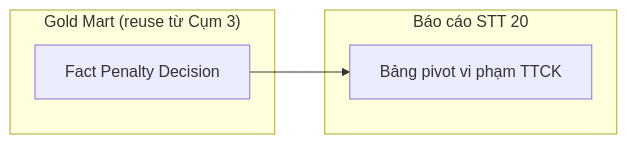
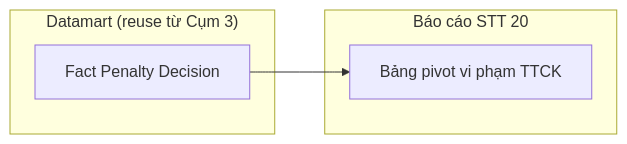
The fifth of 25 diagrams in Gold/hld/GOLD_TT_HLD.md (linhlvit/ubck_atomic_design), drawn with Mermaid before and after one commit. The commit also changed other lines of this file and 8 other files, not shown here.

````diff
--- a/Gold/hld/GOLD_TT_HLD.md
+++ b/Gold/hld/GOLD_TT_HLD.md
@@ -156,10 +156,10 @@
 ```mermaid
 flowchart LR
-    subgraph GOLD["Gold Mart (reuse từ Cụm 3)"]
+    subgraph GOLD["Datamart (reuse từ Cụm 3)"]
         G1["Fact Penalty Decision"]
     end
     subgraph RPT["Báo cáo STT 20"]
         R1["Bảng pivot vi phạm TTCK"]
     end
     G1 --> R1
 ```
````
